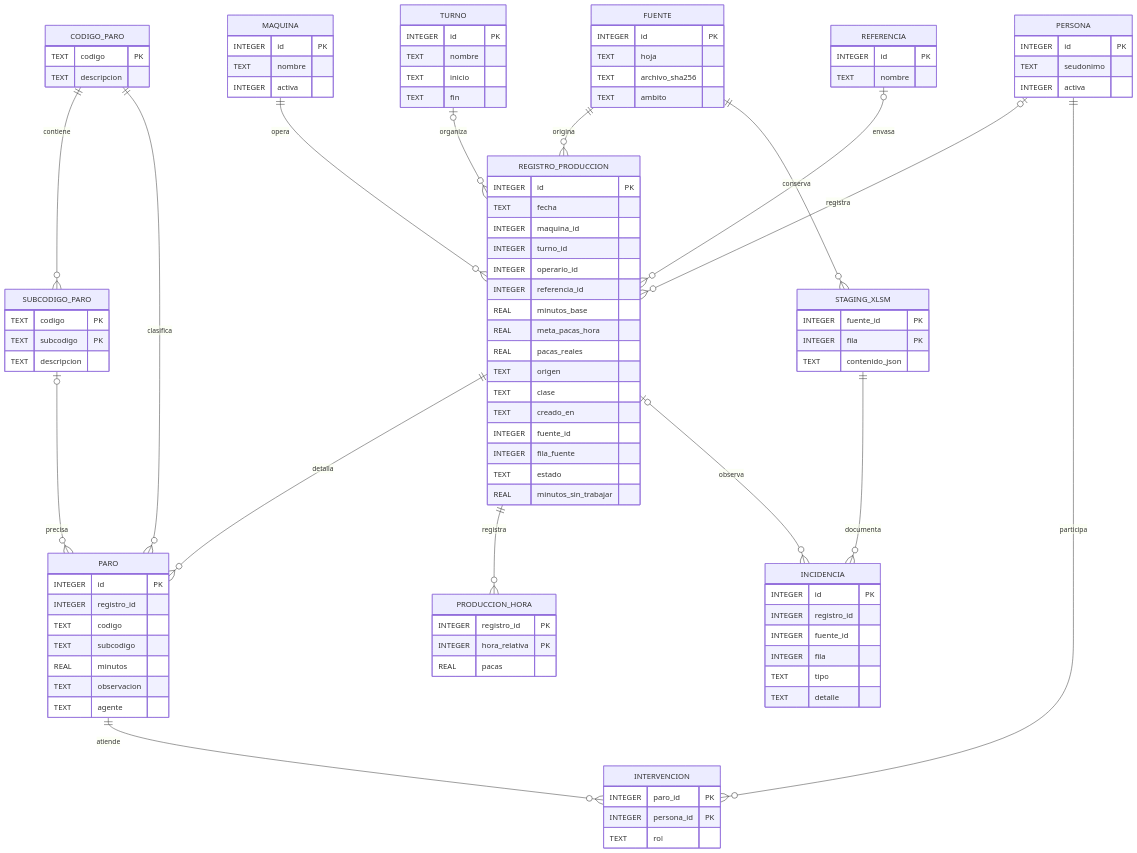
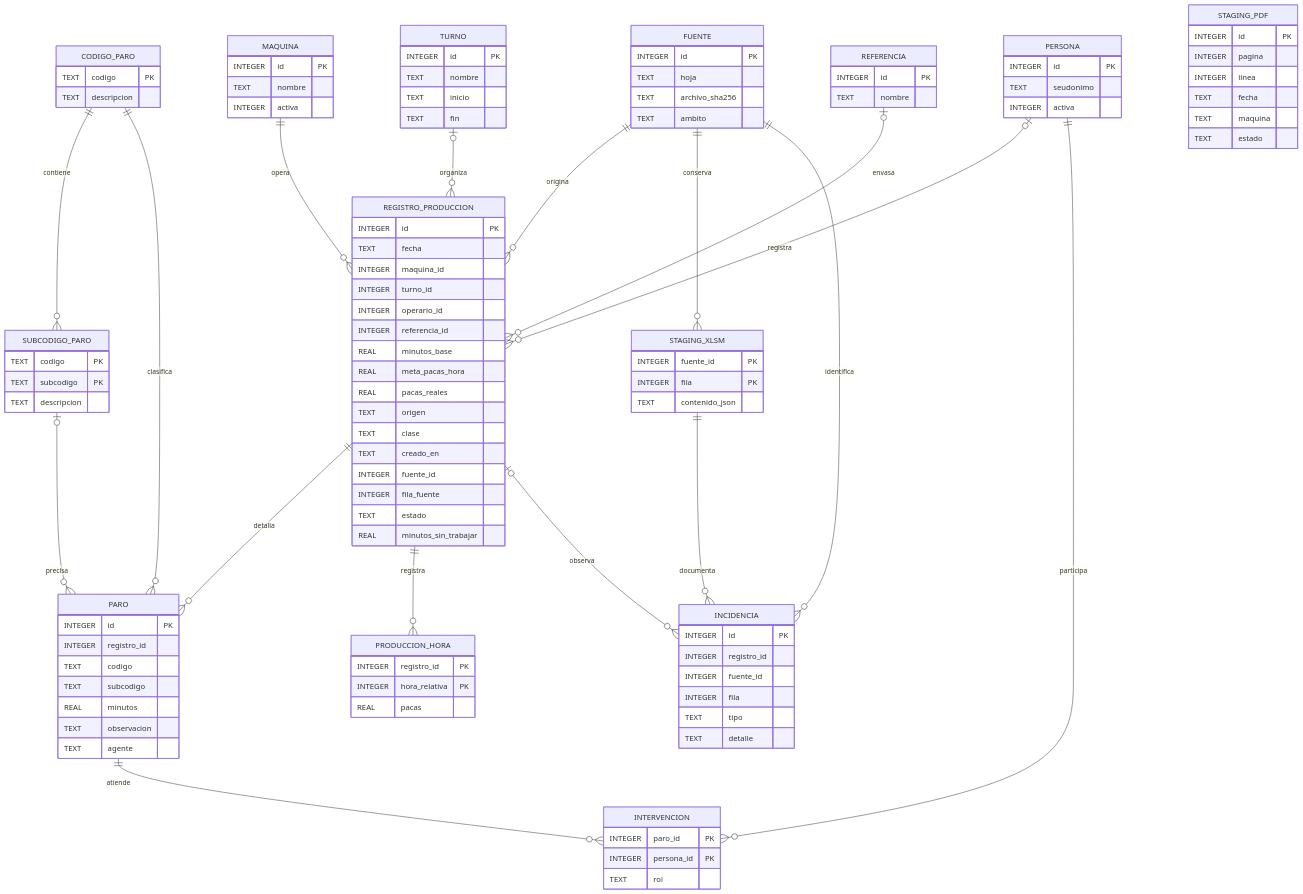
Before and after one commit to dan1elcg1raldo000/BDI-Proyecto-Final-Daniel-Felipe-Chica-Giraldo-Erick-Noel-Delgado-Serna: the diagram in docs/modelo.mmd, drawn with Mermaid. The commit also changed 23 other files, not shown here.

```diff
--- a/docs/modelo.mmd
+++ b/docs/modelo.mmd
@@ -1,101 +1,110 @@
 erDiagram
     FUENTE ||--o{ REGISTRO_PRODUCCION : origina
     FUENTE ||--o{ STAGING_XLSM : conserva
     MAQUINA ||--o{ REGISTRO_PRODUCCION : opera
     TURNO o|--o{ REGISTRO_PRODUCCION : organiza
     PERSONA o|--o{ REGISTRO_PRODUCCION : registra
     REFERENCIA o|--o{ REGISTRO_PRODUCCION : envasa
     REGISTRO_PRODUCCION ||--o{ PARO : detalla
     REGISTRO_PRODUCCION ||--o{ PRODUCCION_HORA : registra
     CODIGO_PARO ||--o{ SUBCODIGO_PARO : contiene
     CODIGO_PARO ||--o{ PARO : clasifica
     SUBCODIGO_PARO o|--o{ PARO : precisa
     PARO ||--o{ INTERVENCION : atiende
     PERSONA ||--o{ INTERVENCION : participa
     STAGING_XLSM ||--o{ INCIDENCIA : documenta
+    FUENTE ||--o{ INCIDENCIA : identifica
     REGISTRO_PRODUCCION o|--o{ INCIDENCIA : observa
     FUENTE {
         INTEGER id PK
         TEXT hoja
         TEXT archivo_sha256
         TEXT ambito
     }
     MAQUINA {
         INTEGER id PK
         TEXT nombre
         INTEGER activa
     }
     TURNO {
         INTEGER id PK
         TEXT nombre
         TEXT inicio
         TEXT fin
     }
     PERSONA {
         INTEGER id PK
         TEXT seudonimo
         INTEGER activa
     }
     REFERENCIA {
         INTEGER id PK
         TEXT nombre
     }
     CODIGO_PARO {
         TEXT codigo PK
         TEXT descripcion
     }
     SUBCODIGO_PARO {
         TEXT codigo PK
         TEXT subcodigo PK
         TEXT descripcion
     }
     REGISTRO_PRODUCCION {
         INTEGER id PK
         TEXT fecha
         INTEGER maquina_id
         INTEGER turno_id
         INTEGER operario_id
         INTEGER referencia_id
         REAL minutos_base
         REAL meta_pacas_hora
         REAL pacas_reales
         TEXT origen
         TEXT clase
         TEXT creado_en
         INTEGER fuente_id
         INTEGER fila_fuente
         TEXT estado
         REAL minutos_sin_trabajar
     }
     PARO {
         INTEGER id PK
         INTEGER registro_id
         TEXT codigo
         TEXT subcodigo
         REAL minutos
         TEXT observacion
         TEXT agente
     }
     INTERVENCION {
         INTEGER paro_id PK
         INTEGER persona_id PK
         TEXT rol
     }
     PRODUCCION_HORA {
         INTEGER registro_id PK
         INTEGER hora_relativa PK
         REAL pacas
     }
     STAGING_XLSM {
         INTEGER fuente_id PK
         INTEGER fila PK
         TEXT contenido_json
     }
     INCIDENCIA {
         INTEGER id PK
         INTEGER registro_id
         INTEGER fuente_id
         INTEGER fila
         TEXT tipo
         TEXT detalle
     }
+    STAGING_PDF {
+        INTEGER id PK
+        INTEGER pagina
+        INTEGER linea
+        TEXT fecha
+        TEXT maquina
+        TEXT estado
+    }
```
